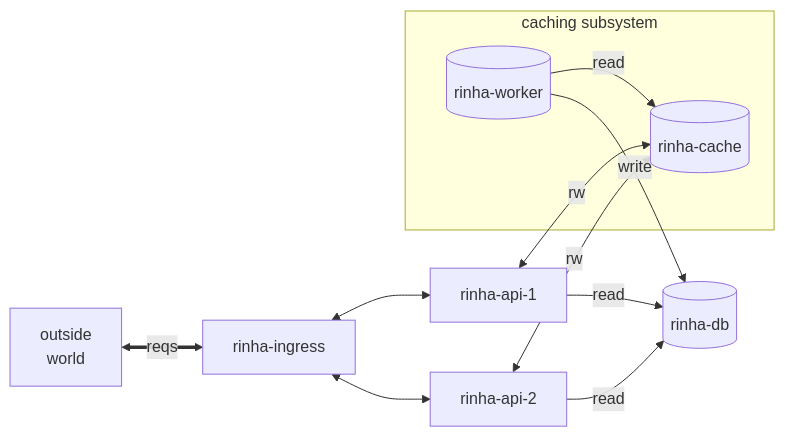
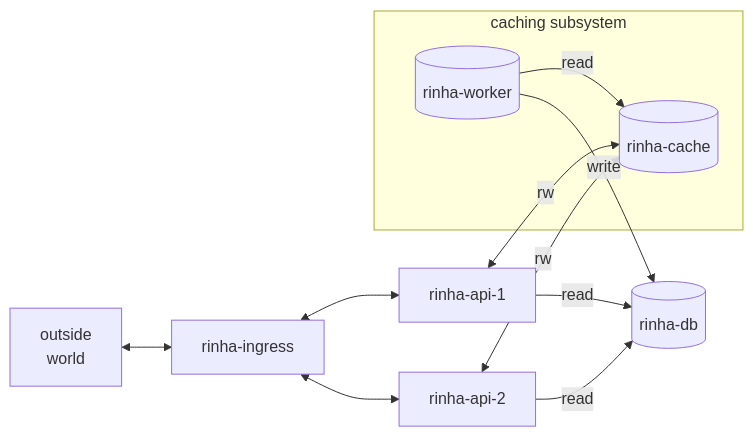
The diagram in README.md (flipbit03/rinha-de-backend-2024-q1-cadu), drawn with Mermaid before and after one commit.

Commit message:
fixed diagram #2

````diff
--- a/README.md
+++ b/README.md
@@ -10,16 +10,16 @@
 ```mermaid
 flowchart LR
-  OUTSIDE[outside\nworld] <==>|reqs| NGINX[rinha-ingress]
+  OUTSIDE[outside\nworld] <--> NGINX[rinha-ingress]
   subgraph caching subsystem
     CACHE[(rinha-cache)]
     WORKER[(rinha-worker)]
   end
   NGINX <--> API1[rinha-api-1]
   NGINX <--> API2[rinha-api-2]
   API1 <--> |rw| CACHE[(rinha-cache)]
   API2 <--> |rw| CACHE[(rinha-cache)]
   WORKER --> |read| CACHE[(rinha-cache)] 
   WORKER --> |write| DB[(rinha-db)]
   API1 --> |read| DB[(rinha-db)]
   API2 --> |read| DB[(rinha-db)]
 ```
````
